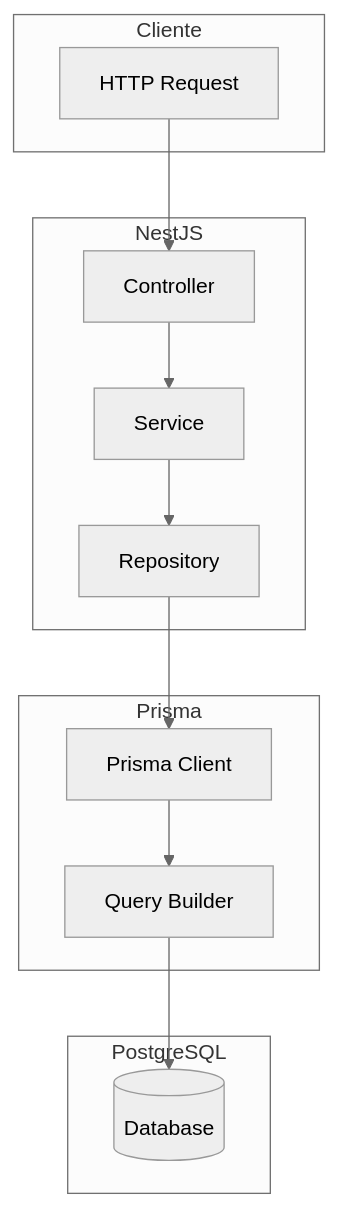
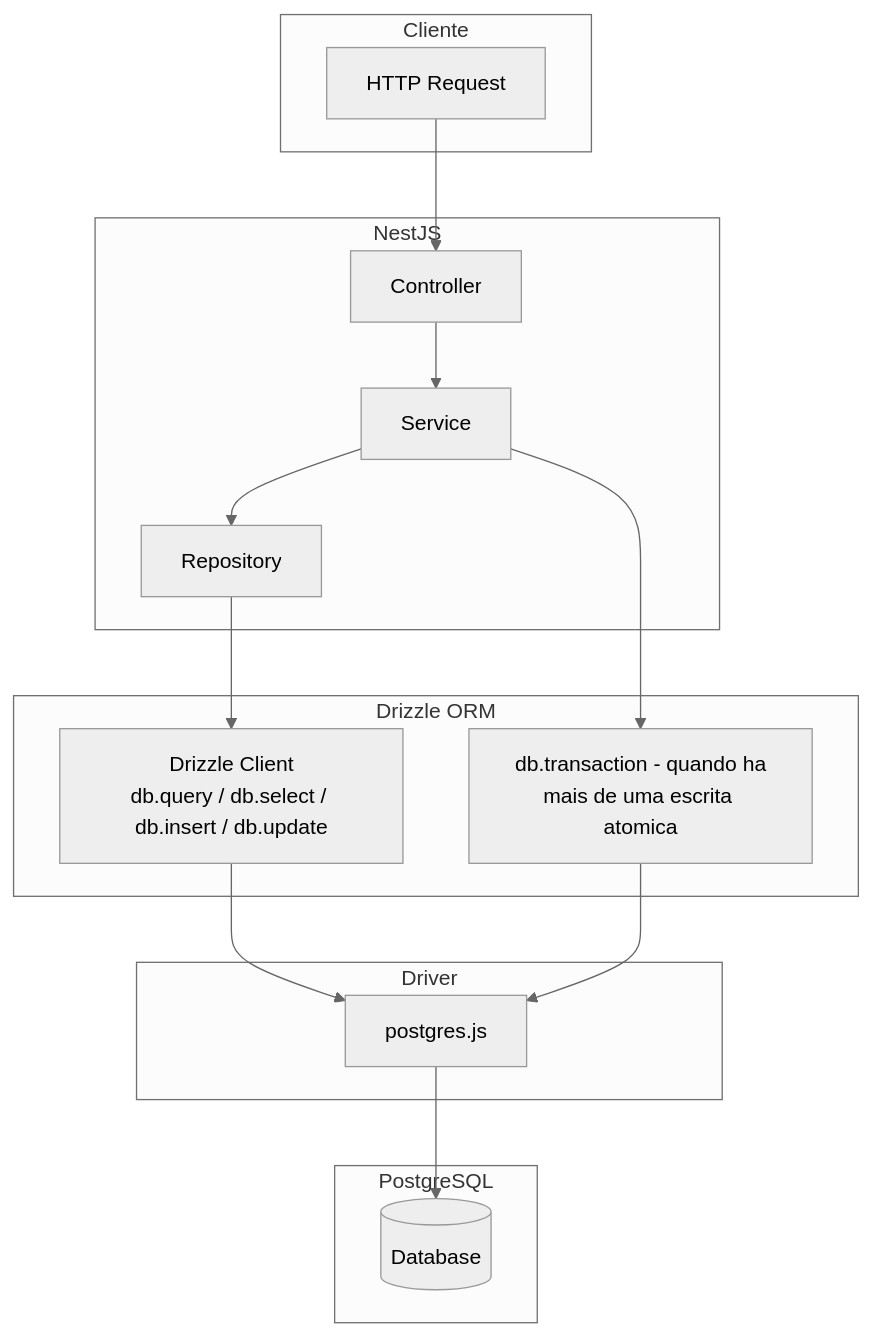
The first of 2 diagrams in docs/08-fluxo-banco.md (TROCA-AULA/troca-aula-backend), drawn with Mermaid (neutral theme) before and after one commit. The commit also changed other lines of this file and 9 other files, not shown here.

````diff
--- a/docs/08-fluxo-banco.md
+++ b/docs/08-fluxo-banco.md
@@ -11,28 +27,34 @@
 ```mermaid
 flowchart TB
     subgraph Cliente
         HTTP[HTTP Request]
     end
     
     subgraph NestJS
         CTRL[Controller]
         SVC[Service]
         REPO[Repository]
     end
     
-    subgraph Prisma
-        CLIENT[Prisma Client]
-        QUERY[Query Builder]
+    subgraph "Drizzle ORM"
+        CLIENT[Drizzle Client<br/>db.query / db.select / db.insert / db.update]
+        TX[db.transaction - quando ha<br/>mais de uma escrita atomica]
+    end
+    
+    subgraph Driver
+        PG[postgres.js]
     end
     
     subgraph PostgreSQL
         DB[(Database)]
     end
     
     HTTP --> CTRL
     CTRL --> SVC
     SVC --> REPO
     REPO --> CLIENT
-    CLIENT --> QUERY
-    QUERY --> DB
+    SVC --> TX
+    CLIENT --> PG
+    TX --> PG
+    PG --> DB
 ```
````
